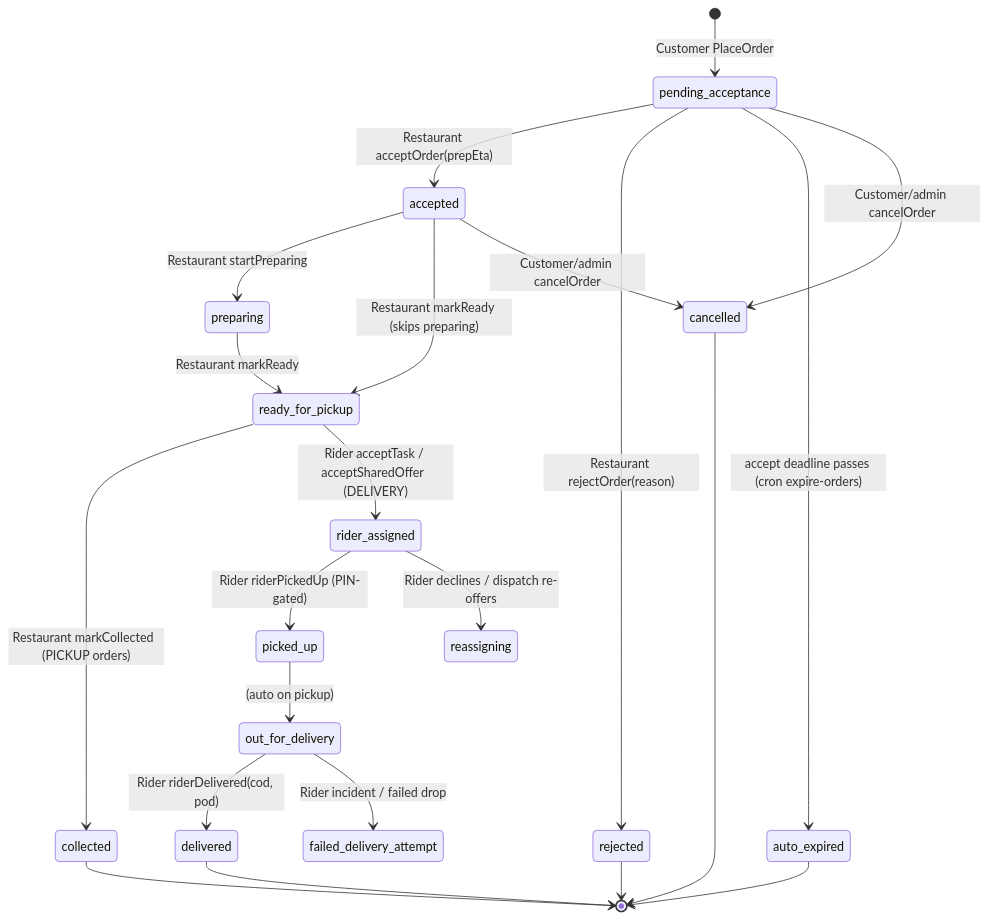
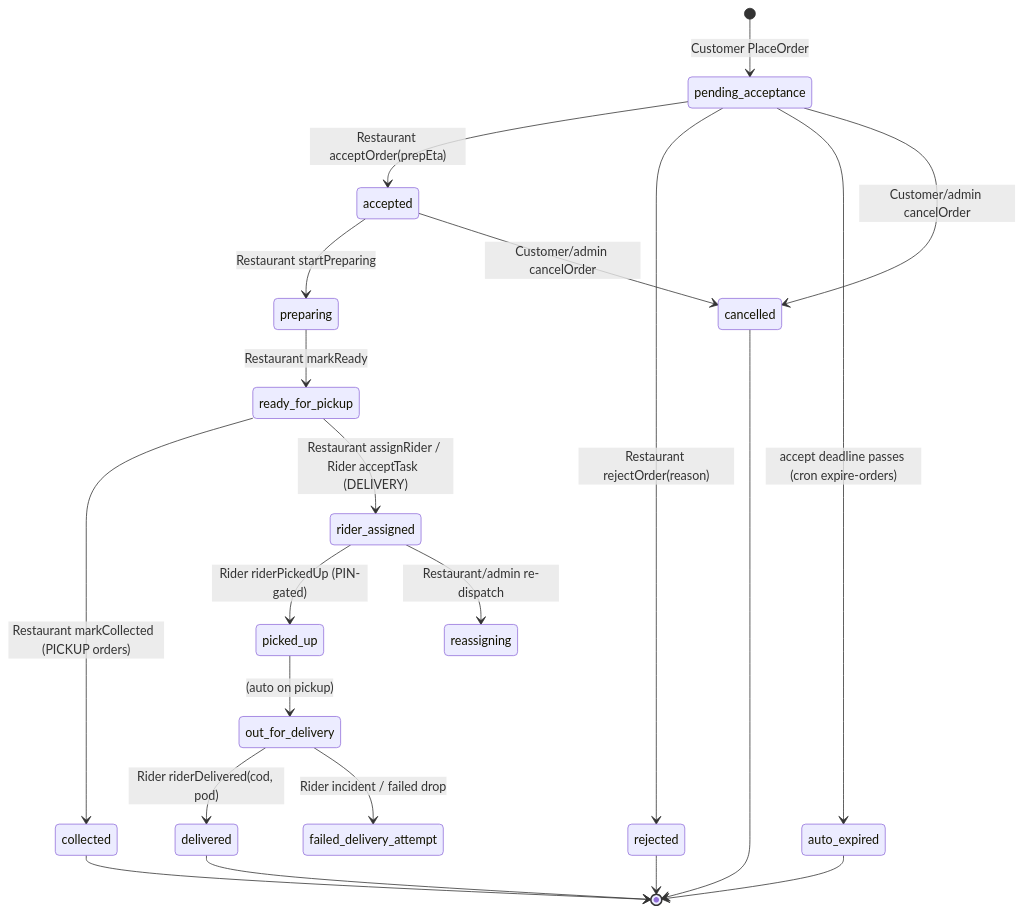
Before and after one commit to Hassanjkhan99/food-delivery: the first of 2 diagrams in docs/flows/README.md, drawn with Mermaid. The commit also changed other lines of this file and 3 other files, not shown here.

First line of the commit message:
docs: correct flow-doc accuracy per Codex review on #201

````diff
--- a/docs/flows/README.md
+++ b/docs/flows/README.md
@@ -73,26 +75,25 @@
 ```mermaid
 stateDiagram-v2
     [*] --> pending_acceptance : Customer PlaceOrder
     pending_acceptance --> accepted : Restaurant acceptOrder(prepEta)
     pending_acceptance --> rejected : Restaurant rejectOrder(reason)
     pending_acceptance --> auto_expired : accept deadline passes (cron expire-orders)
     accepted --> preparing : Restaurant startPreparing
     preparing --> ready_for_pickup : Restaurant markReady
-    accepted --> ready_for_pickup : Restaurant markReady (skips preparing)
 
     ready_for_pickup --> collected : Restaurant markCollected  (PICKUP orders)
-    ready_for_pickup --> rider_assigned : Rider acceptTask / acceptSharedOffer  (DELIVERY)
+    ready_for_pickup --> rider_assigned : Restaurant assignRider / Rider acceptTask  (DELIVERY)
     rider_assigned --> picked_up : Rider riderPickedUp (PIN-gated)
     picked_up --> out_for_delivery : (auto on pickup)
     out_for_delivery --> delivered : Rider riderDelivered(cod, pod)
     out_for_delivery --> failed_delivery_attempt : Rider incident / failed drop
-    rider_assigned --> reassigning : Rider declines / dispatch re-offers
+    rider_assigned --> reassigning : Restaurant/admin re-dispatch
 
     pending_acceptance --> cancelled : Customer/admin cancelOrder
     accepted --> cancelled : Customer/admin cancelOrder
     delivered --> [*]
     rejected --> [*]
     auto_expired --> [*]
     cancelled --> [*]
     collected --> [*]
 ```
````
